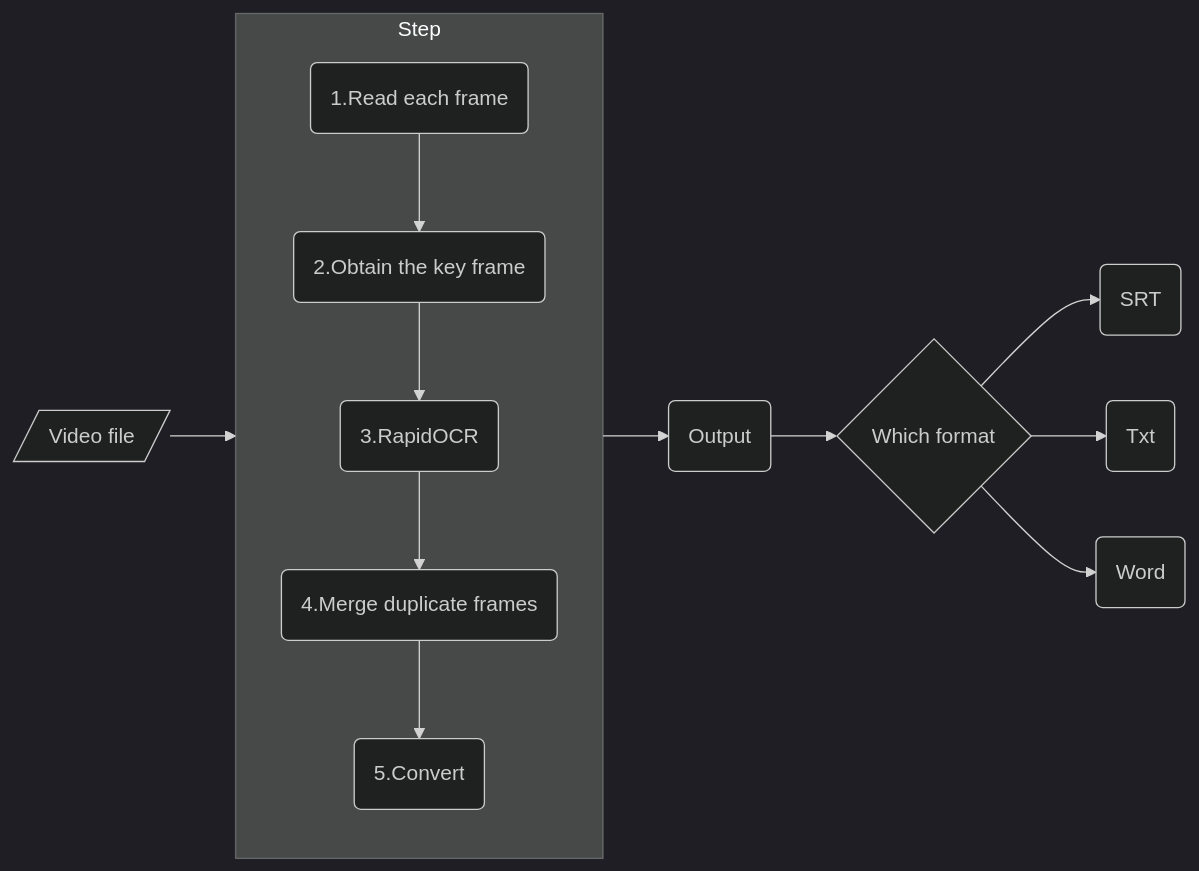
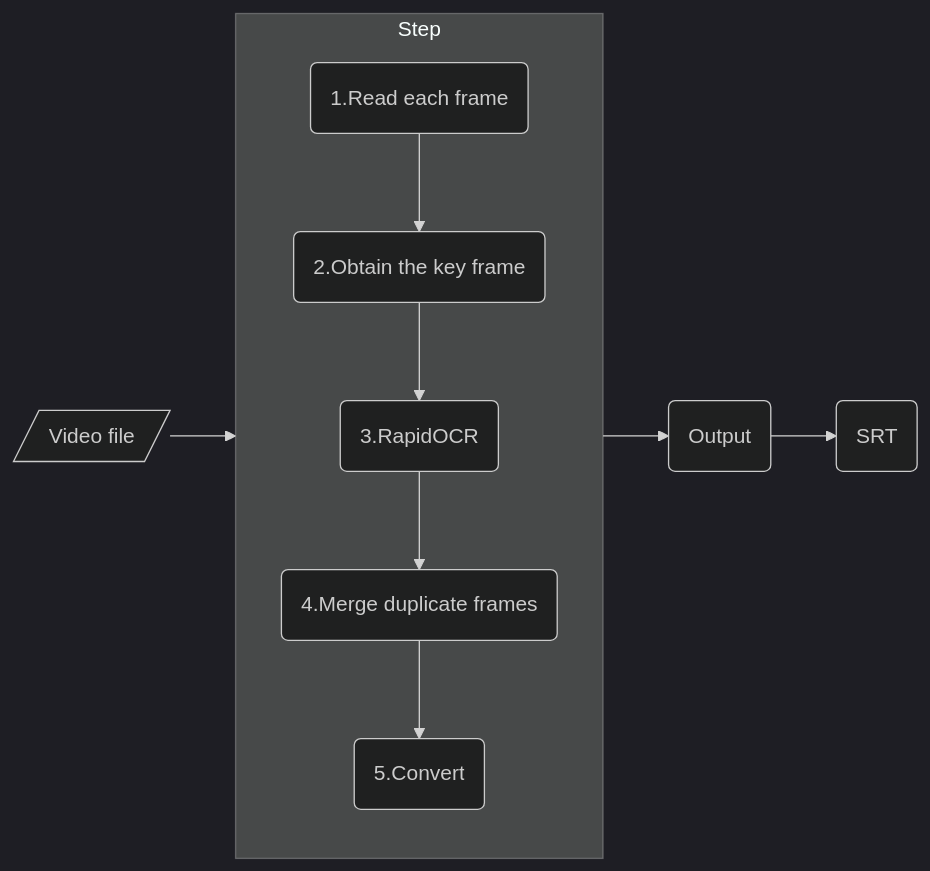
Before and after one commit to SWHL/RapidVideOCR: the diagram in README.md, drawn with Mermaid (dark theme). The commit also changed 1 other file, not shown here.

Commit message:
Update framework

````diff
--- a/README.md
+++ b/README.md
@@ -92,11 +92,9 @@
 ```mermaid
 flowchart LR
 	subgraph Step
 	direction TB
 	B(1.Read each frame) --> C(2.Obtain the key frame) --> D(3.RapidOCR) --> E(4.Merge duplicate frames) --> F(5.Convert)
 	end
 
-	A[/Video file/] --> Step --> M(Output) --> G{Which format}
-    G --> H(SRT) & I(Txt) & J(Word)
-
+	A[/Video file/] --> Step --> M(Output) --> H(SRT)
 ```
````
